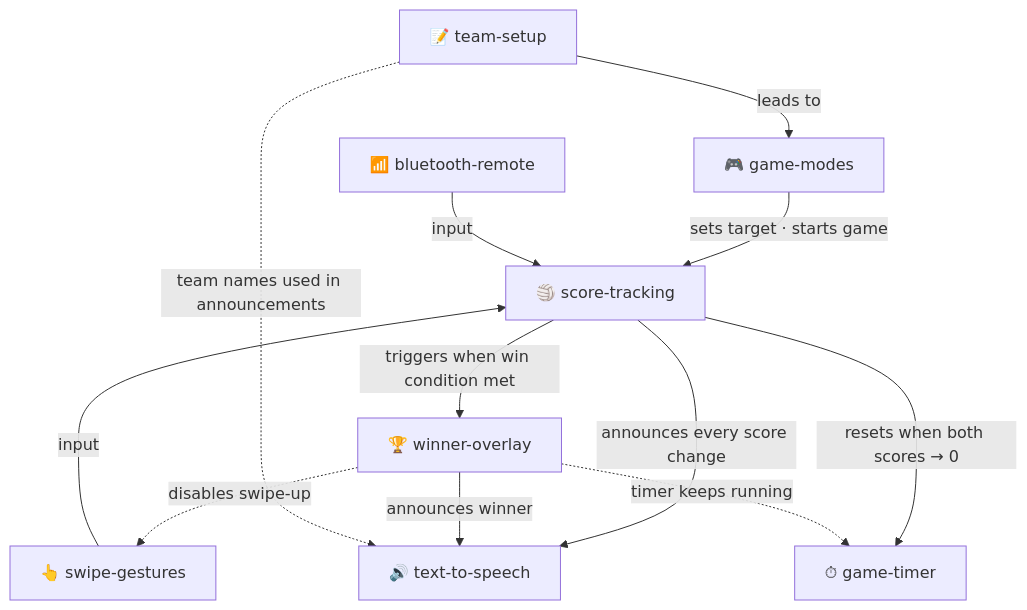
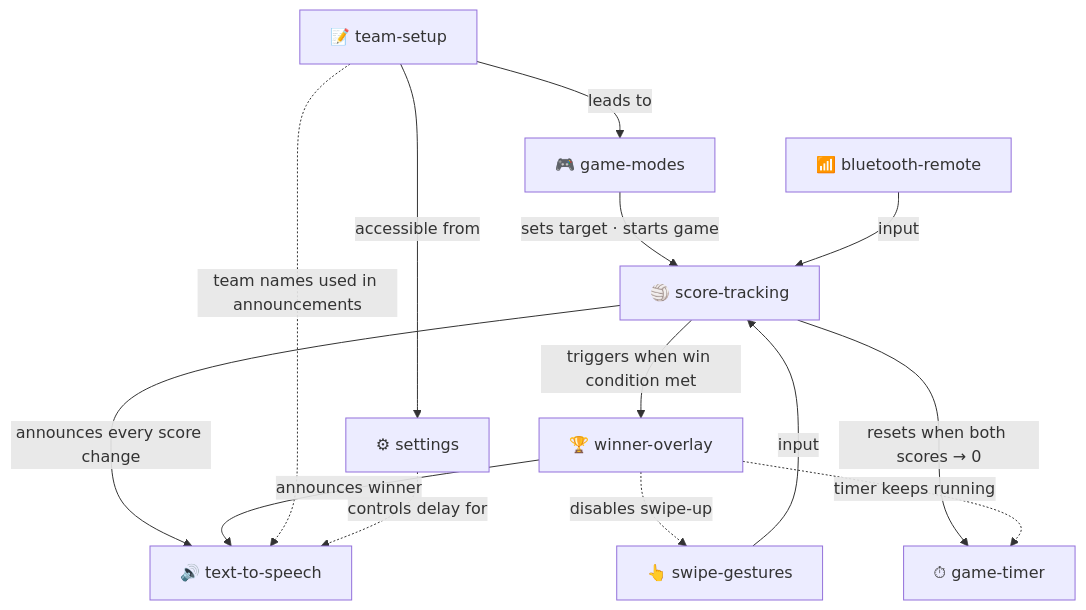
The diagram in docs/README.md (den4ik124/ScoreCounter), drawn with Mermaid before and after one commit. The commit also changed other lines of this file and 12 other files, not shown here.

Commit message:
feat: Implement settings screen for announcement delay configuration and add volume button support for scoring

````diff
--- a/docs/README.md
+++ b/docs/README.md
@@ -25,23 +26,26 @@
 ```mermaid
 graph TD
     TS["📝 team-setup"]
     GM["🎮 game-modes"]
     SC["🏐 score-tracking"]
     SG["👆 swipe-gestures"]
     BT["📶 bluetooth-remote"]
     TTS["🔊 text-to-speech"]
     GT["⏱ game-timer"]
     WO["🏆 winner-overlay"]
+    ST["⚙ settings"]
 
     TS -->|leads to| GM
     GM -->|sets target · starts game| SC
     SG -->|input| SC
     BT -->|input| SC
     SC -->|triggers when win condition met| WO
     SC -->|announces every score change| TTS
     SC -->|resets when both scores → 0| GT
     WO -->|announces winner| TTS
     WO -.->|disables swipe-up| SG
     WO -.->|timer keeps running| GT
     TS -.->|team names used in announcements| TTS
+    TS -->|accessible from| ST
+    ST -.->|controls delay for| TTS
 ```
````
